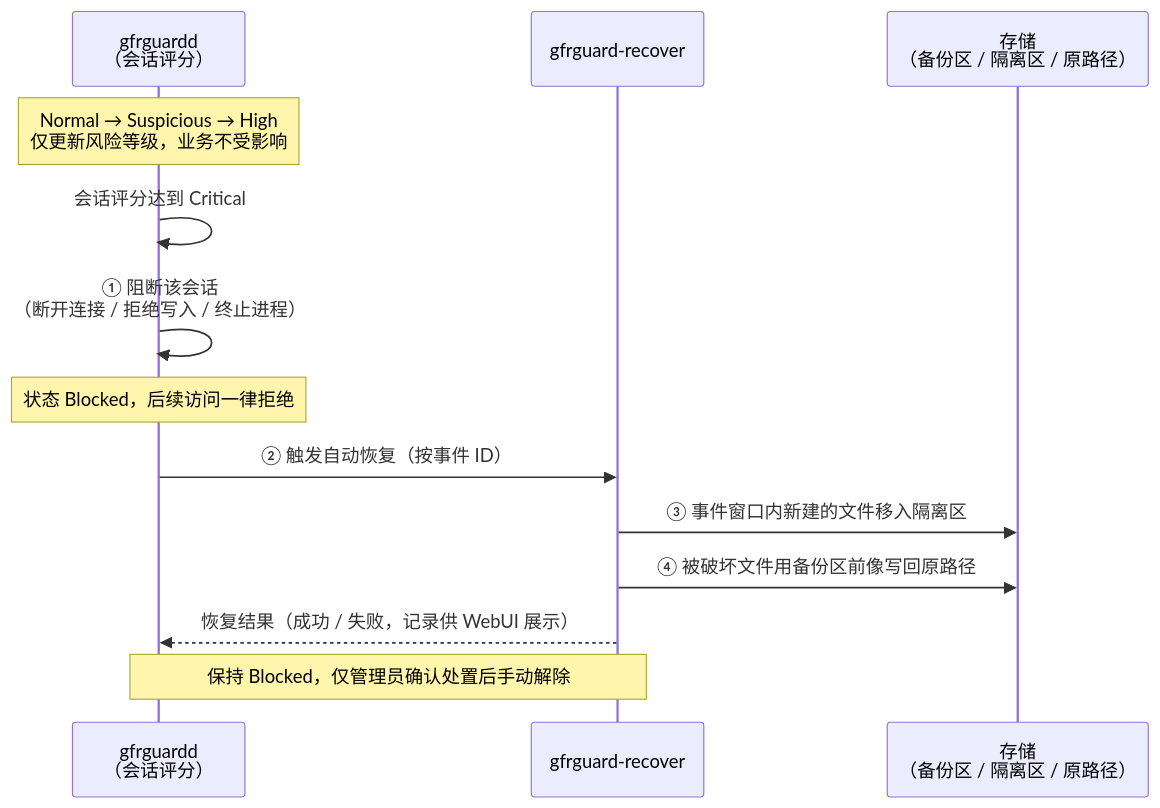
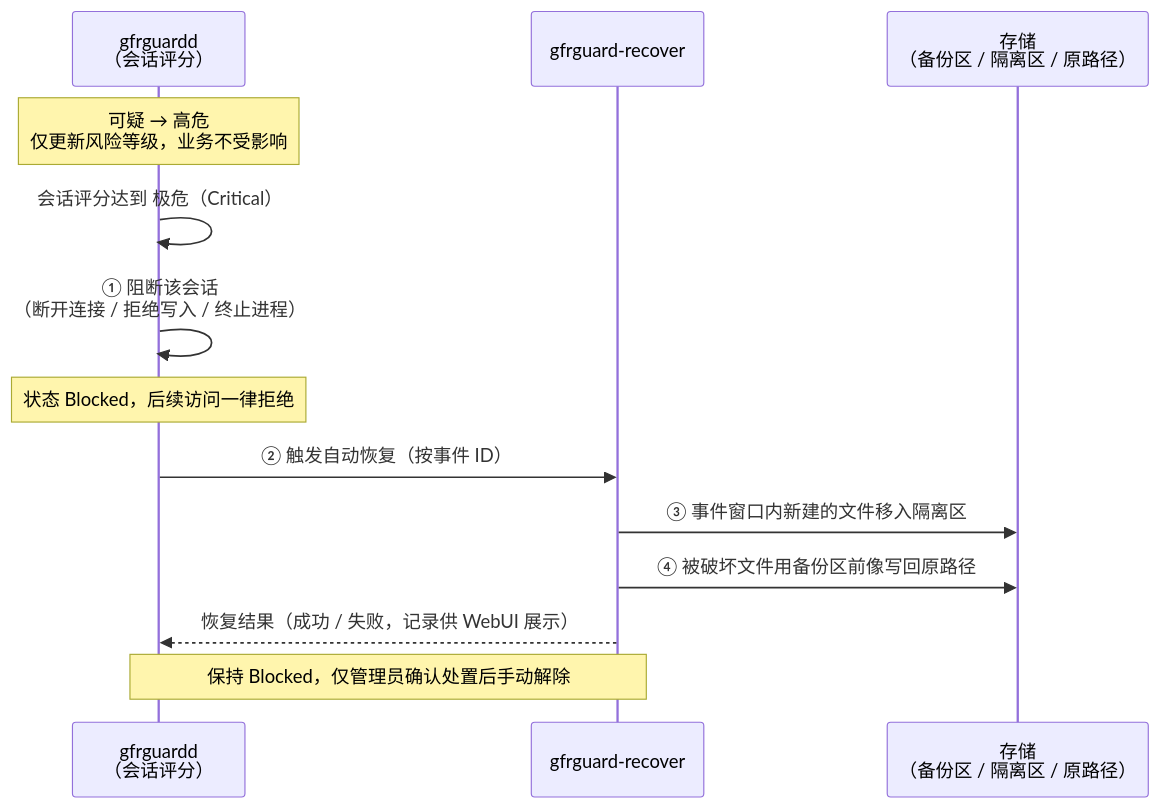
The eighth of 11 diagrams in doc/specs/architecture_v2.md (xd121614/ne_gfrguard), drawn with Mermaid before and after one commit. The commit also changed other lines of this file, not shown here.

````diff
--- a/doc/specs/architecture_v2.md
+++ b/doc/specs/architecture_v2.md
@@ -512,16 +523,16 @@
 ```mermaid
 sequenceDiagram
 	participant D as gfrguardd<br/>（会话评分）
 	participant C as gfrguard-recover
 	participant ST as 存储<br/>（备份区 / 隔离区 / 原路径）
 
-	Note over D: Normal → Suspicious → High<br/>仅更新风险等级，业务不受影响
-	D->>D: 会话评分达到 Critical
+	Note over D: 可疑 → 高危<br/>仅更新风险等级，业务不受影响
+	D->>D: 会话评分达到 极危（Critical）
 	D->>D: ① 阻断该会话<br/>（断开连接 / 拒绝写入 / 终止进程）
 	Note over D: 状态 Blocked，后续访问一律拒绝
 	D->>C: ② 触发自动恢复（按事件 ID）
 	C->>ST: ③ 事件窗口内新建的文件移入隔离区
 	C->>ST: ④ 被破坏文件用备份区前像写回原路径
 	C-->>D: 恢复结果（成功 / 失败，记录供 WebUI 展示）
 	Note over D,C: 保持 Blocked，仅管理员确认处置后手动解除
 ```
````
